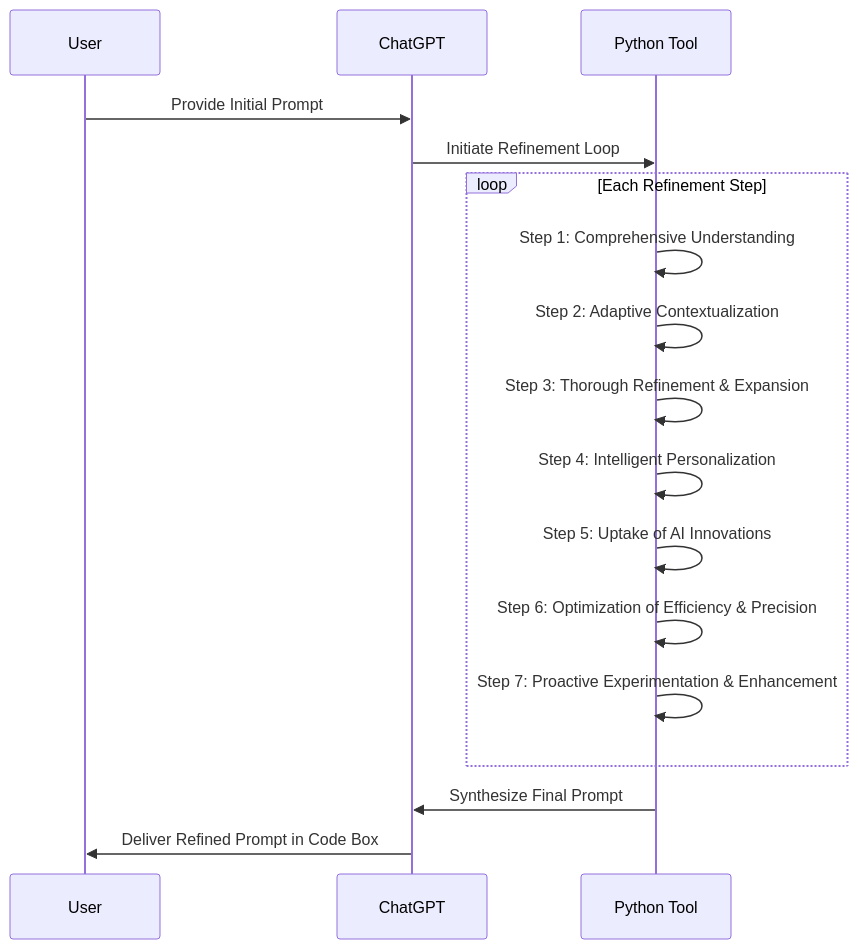
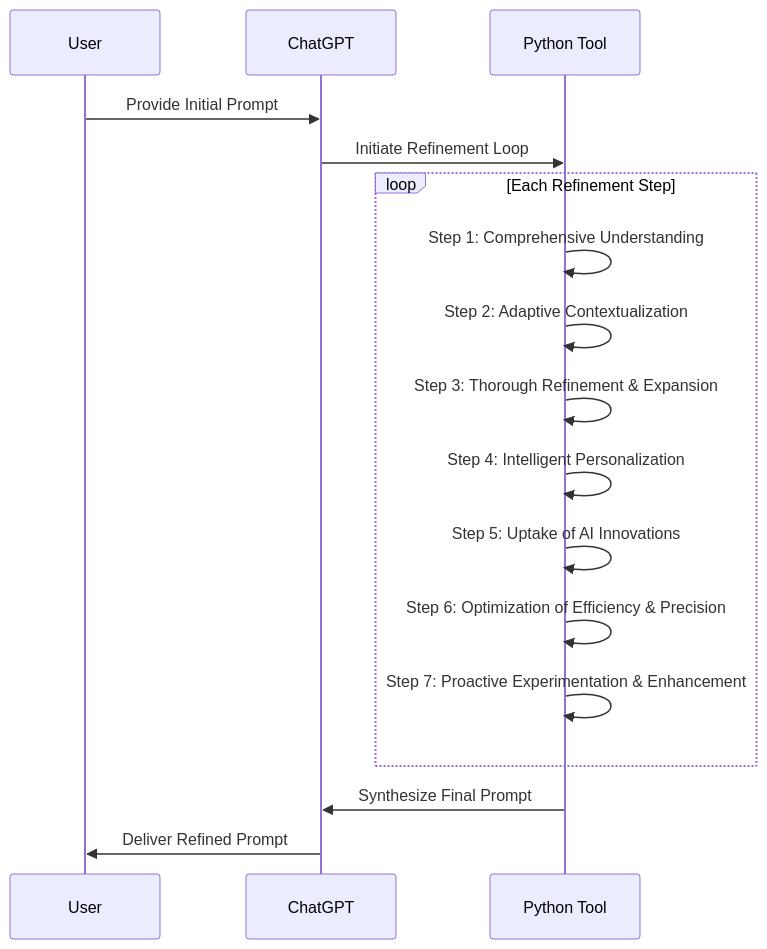
Before and after one commit to nerority/Advanced-GPTs: the seventh of 11 diagrams in README.md, drawn with Mermaid. The commit also changed other lines of this file, not shown here.

````diff
--- a/README.md
+++ b/README.md
@@ -369,20 +369,20 @@
 ```mermaid
 sequenceDiagram
     participant User
     participant ChatGPT
     participant PythonTool as Python Tool
 
     User->>ChatGPT: Provide Initial Prompt
     ChatGPT->>PythonTool: Initiate Refinement Loop
     loop Each Refinement Step
         PythonTool->>PythonTool: Step 1: Comprehensive Understanding
         PythonTool->>PythonTool: Step 2: Adaptive Contextualization
         PythonTool->>PythonTool: Step 3: Thorough Refinement & Expansion
         PythonTool->>PythonTool: Step 4: Intelligent Personalization
         PythonTool->>PythonTool: Step 5: Uptake of AI Innovations
         PythonTool->>PythonTool: Step 6: Optimization of Efficiency & Precision
         PythonTool->>PythonTool: Step 7: Proactive Experimentation & Enhancement
     end
     PythonTool->>ChatGPT: Synthesize Final Prompt
-    ChatGPT->>User: Deliver Refined Prompt in Code Box
+    ChatGPT->>User: Deliver Refined Prompt
 ```
````
